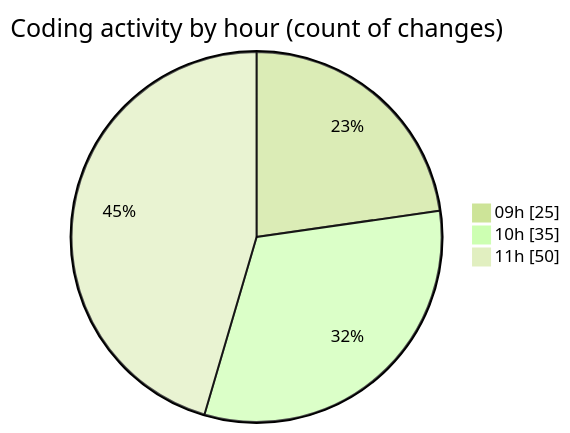
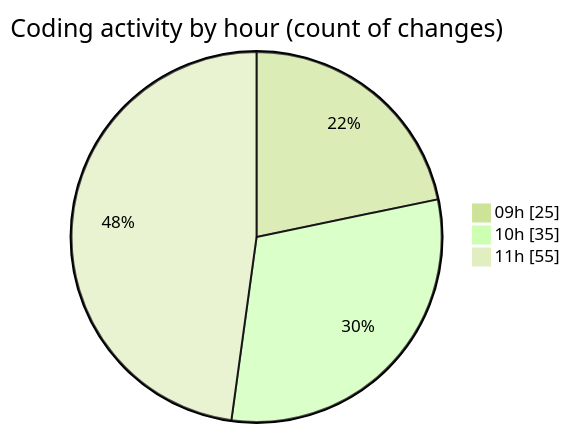
Before and after one commit to momahboobian/code-tracking: the second of 2 diagrams in 2025-08-22/cda/README.md, drawn with Mermaid (forest theme). The commit also changed other lines of this file and 1 other file, not shown here.

````diff
--- a/2025-08-22/cda/README.md
+++ b/2025-08-22/cda/README.md
@@ -48,7 +48,7 @@
 ```mermaid
 pie showData
 title Coding activity by hour (count of changes)
 "09h" : 25
 "10h" : 35
-"11h" : 50
+"11h" : 55
 ```
````
